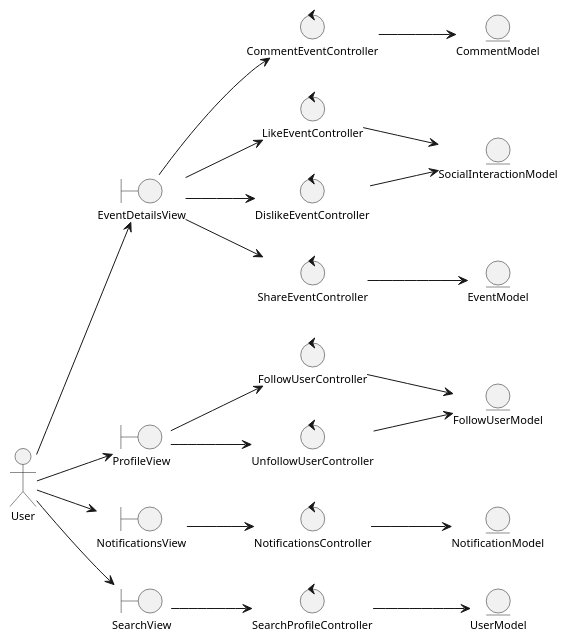
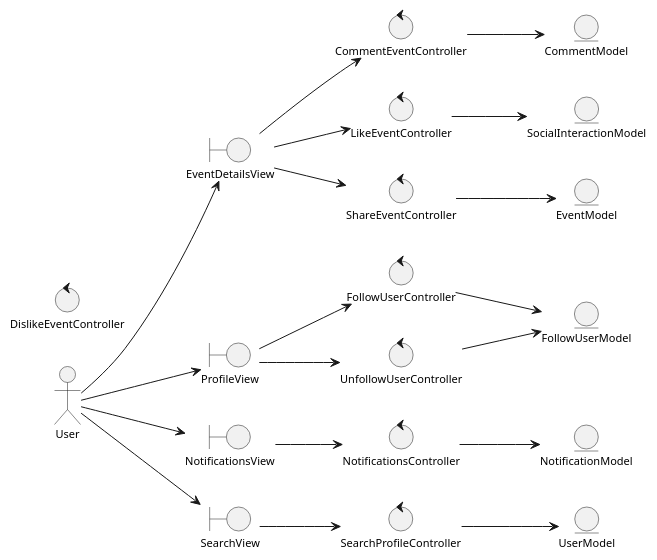
The diagram in Análisis/Clases de Análisis/analysisClassDiagramSocialInteractions.plantuml (valeraruggierotesisucv/tesis-frameworks-mobile-diagrams), drawn with PlantUML before and after one commit.

Commit message:
Remove dislikeEventController interactions from eventDetailsView and commentEventController in the social interactions class diagram.

```diff
--- a/Análisis/Clases de Análisis/analysisClassDiagramSocialInteractions.plantuml
+++ b/Análisis/Clases de Análisis/analysisClassDiagramSocialInteractions.plantuml
@@ -1,53 +1,51 @@
 @startuml analysisClassDiagramSocialInteractions
 skinparam style strictuml
 left to right direction
 skinparam defaultTextAlignment center
 skinparam defaultFontSize 11
 
 actor "User" as user
 
 entity "UserModel" as userModel
 entity "EventModel" as eventModel
 entity "SocialInteractionModel" as socialInteractionModel
 entity "CommentModel" as commentModel
 entity "FollowUserModel" as followUserModel
 entity "NotificationModel" as notificationModel
 
 boundary "EventDetailsView" as eventDetailsView
 boundary "ProfileView" as profileView
 boundary "NotificationsView" as notificationsView
 boundary "SearchView" as searchView
 
 control "CommentEventController" as commentEventController
 control "LikeEventController" as likeEventController
 control "DislikeEventController" as dislikeEventController
 control "ShareEventController" as shareEventController
 control "FollowUserController" as followUserController
 control "UnfollowUserController" as unfollowUserController
 control "NotificationsController" as notificationsController
 control "SearchProfileController" as searchProfileController
 
 user --> eventDetailsView
 user --> profileView
 user --> notificationsView
 user --> searchView
 
 eventDetailsView --> commentEventController
 eventDetailsView --> likeEventController
-eventDetailsView --> dislikeEventController
 eventDetailsView --> shareEventController
 profileView --> followUserController
 profileView --> unfollowUserController
 notificationsView --> notificationsController
 searchView --> searchProfileController
 
 commentEventController --> commentModel
 likeEventController --> socialInteractionModel
-dislikeEventController --> socialInteractionModel
 shareEventController --> eventModel
 followUserController --> followUserModel
 unfollowUserController --> followUserModel
 notificationsController --> notificationModel
 searchProfileController --> userModel
 
 @enduml
```
